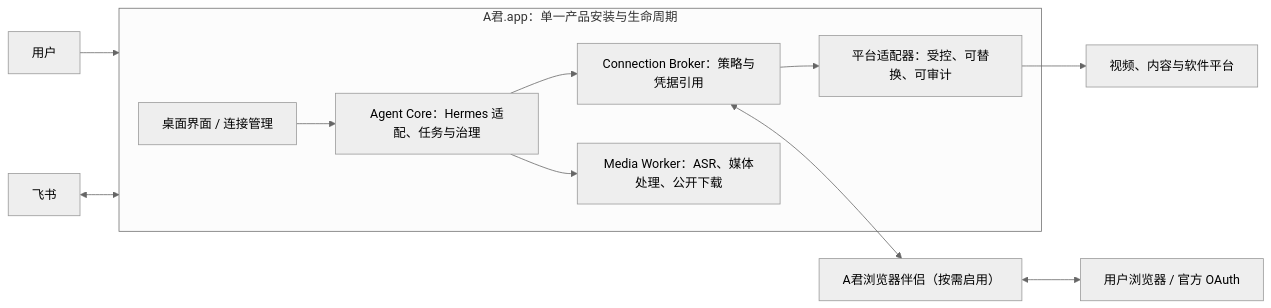
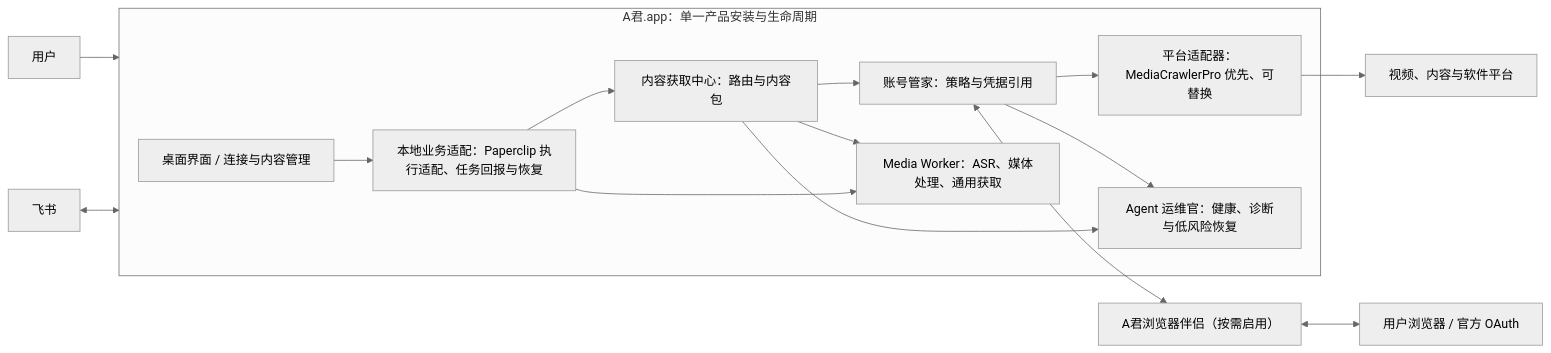
One commit to kileroppo/agent-agent changed the second of 2 diagrams in docs/architecture/system-architecture.md. Above: the diagram before and after it, drawn with Mermaid (neutral theme). The commit also changed other lines of this file and 94 other files, not shown here.

````diff
--- a/docs/architecture/system-architecture.md
+++ b/docs/architecture/system-architecture.md
@@ -125,17 +145,22 @@
 ```mermaid
 flowchart LR
     U["用户"] --> APP
     F["飞书"] <--> APP
     subgraph APP["A君.app：单一产品安装与生命周期"]
-      UI["桌面界面 / 连接管理"]
-      CORE["Agent Core：Hermes 适配、任务与治理"]
-      BROKER["Connection Broker：策略与凭据引用"]
-      WORKER["Media Worker：ASR、媒体处理、公开下载"]
-      ADAPTERS["平台适配器：受控、可替换、可审计"]
-      UI --> CORE --> BROKER --> ADAPTERS
+      UI["桌面界面 / 连接与内容管理"]
+      CORE["本地业务适配：Paperclip 执行适配、任务回报与恢复"]
+      ACCOUNT["账号管家：策略与凭据引用"]
+      CONTENT["内容获取中心：路由与内容包"]
+      WORKER["Media Worker：ASR、媒体处理、通用获取"]
+      ADAPTERS["平台适配器：MediaCrawlerPro 优先、可替换"]
+      OPS["Agent 运维官：健康、诊断与低风险恢复"]
+      UI --> CORE --> CONTENT --> ACCOUNT --> ADAPTERS
+      CONTENT --> WORKER
+      ACCOUNT --> OPS
+      CONTENT --> OPS
       CORE --> WORKER
     end
-    BROKER <--> EXT["A君浏览器伴侣（按需启用）"]
+    ACCOUNT <--> EXT["A君浏览器伴侣（按需启用）"]
     EXT <--> B["用户浏览器 / 官方 OAuth"]
     ADAPTERS --> P["视频、内容与软件平台"]
 ```
````
